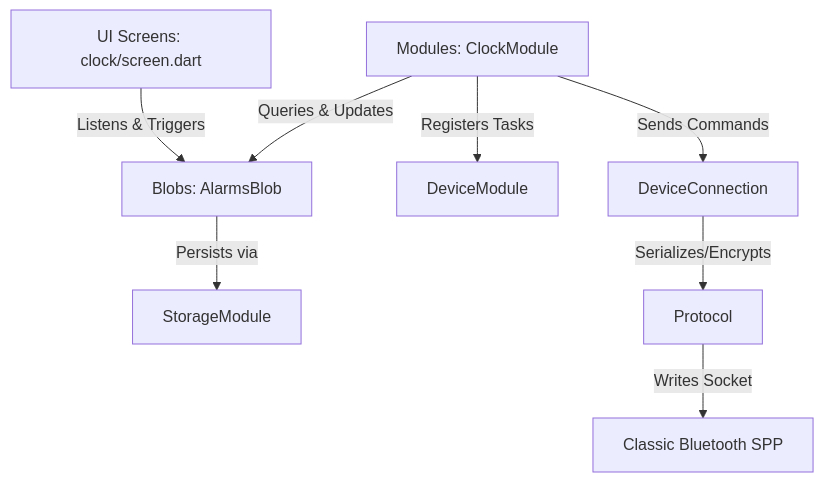
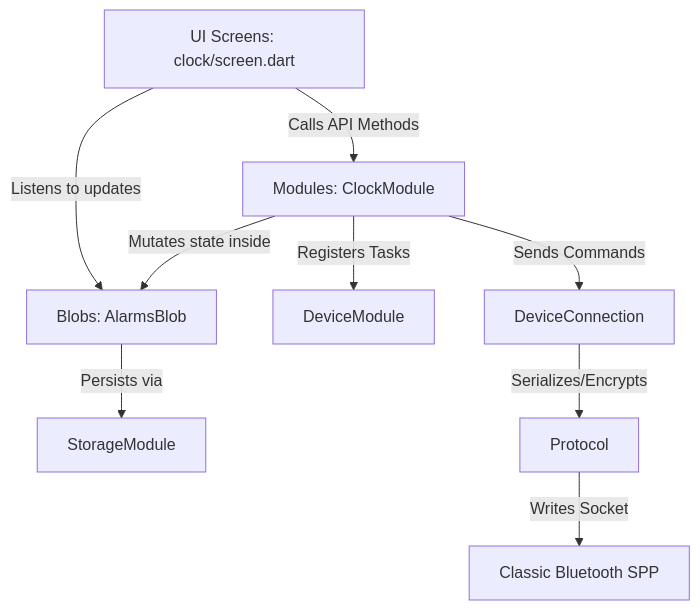
One commit to awgneo/misync changed the diagram in DEVELOPMENT.md. Above: the diagram before and after it, drawn with Mermaid. The commit also changed other lines of this file and 15 other files, not shown here.

````diff
--- a/DEVELOPMENT.md
+++ b/DEVELOPMENT.md
@@ -11,10 +11,11 @@
 ```mermaid
 graph TD
-    UI[UI Screens: clock/screen.dart] -->|Listens & Triggers| Blob[Blobs: AlarmsBlob]
+    UI[UI Screens: clock/screen.dart] -->|Calls API Methods| Module[Modules: ClockModule]
+    UI -->|Listens to updates| Blob[Blobs: AlarmsBlob]
+    Module -->|Mutates state inside| Blob
     Blob -->|Persists via| Storage[StorageModule]
-    Module[Modules: ClockModule] -->|Queries & Updates| Blob
     Module -->|Registers Tasks| DeviceModule[DeviceModule]
     Module -->|Sends Commands| DeviceConnection[DeviceConnection]
     DeviceConnection -->|Serializes/Encrypts| Protocol[Protocol]
     Protocol -->|Writes Socket| RFCOMM[Classic Bluetooth SPP]
 ```
````
